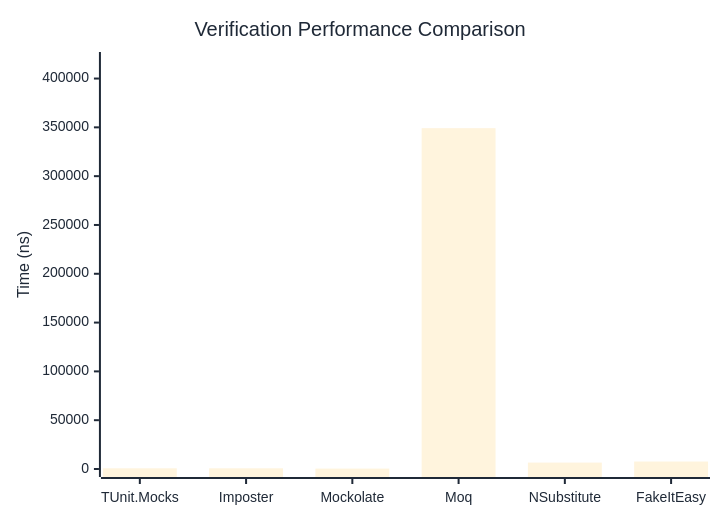
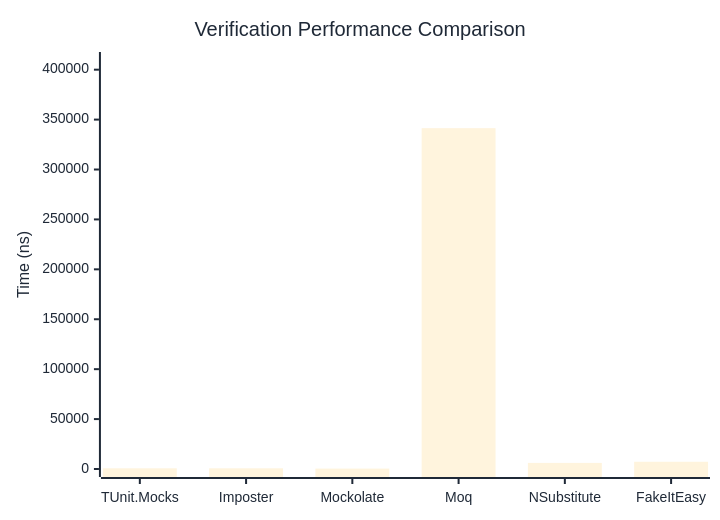
One commit to thomhurst/TUnit changed the first of 3 diagrams in docs/docs/benchmarks/mocks/Verification.md. Above: the diagram before and after it, drawn with Mermaid. The commit also changed other lines of this file and 14 other files, not shown here.

````diff
--- a/docs/docs/benchmarks/mocks/Verification.md
+++ b/docs/docs/benchmarks/mocks/Verification.md
@@ -30,27 +30,27 @@
 ```mermaid
 %%{init: {
   'theme':'base',
   'themeVariables': {
     'primaryColor': '#2563eb',
     'primaryTextColor': '#1f2937',
     'primaryBorderColor': '#1e40af',
     'lineColor': '#6b7280',
     'secondaryColor': '#7c3aed',
     'tertiaryColor': '#dc2626',
     'background': '#ffffff',
     'pie1': '#2563eb',
     'pie2': '#7c3aed',
     'pie3': '#dc2626',
     'pie4': '#f59e0b',
     'pie5': '#10b981',
     'pie6': '#06b6d4',
     'pie7': '#ec4899',
     'pie8': '#6366f1'
   }
 }}%%
 xychart-beta
   title "Verification Performance Comparison"
   x-axis ["TUnit.Mocks", "Imposter", "Mockolate", "Moq", "NSubstitute", "FakeItEasy"]
-  y-axis "Time (ns)" 0 --> 418998
-  bar [719.52, 715.7, 410.06, 349164.36, 6576.91, 7655.63]
+  y-axis "Time (ns)" 0 --> 409694
+  bar [690.82, 702.99, 407.07, 341411.08, 6099.12, 7250.91]
 ```
````
